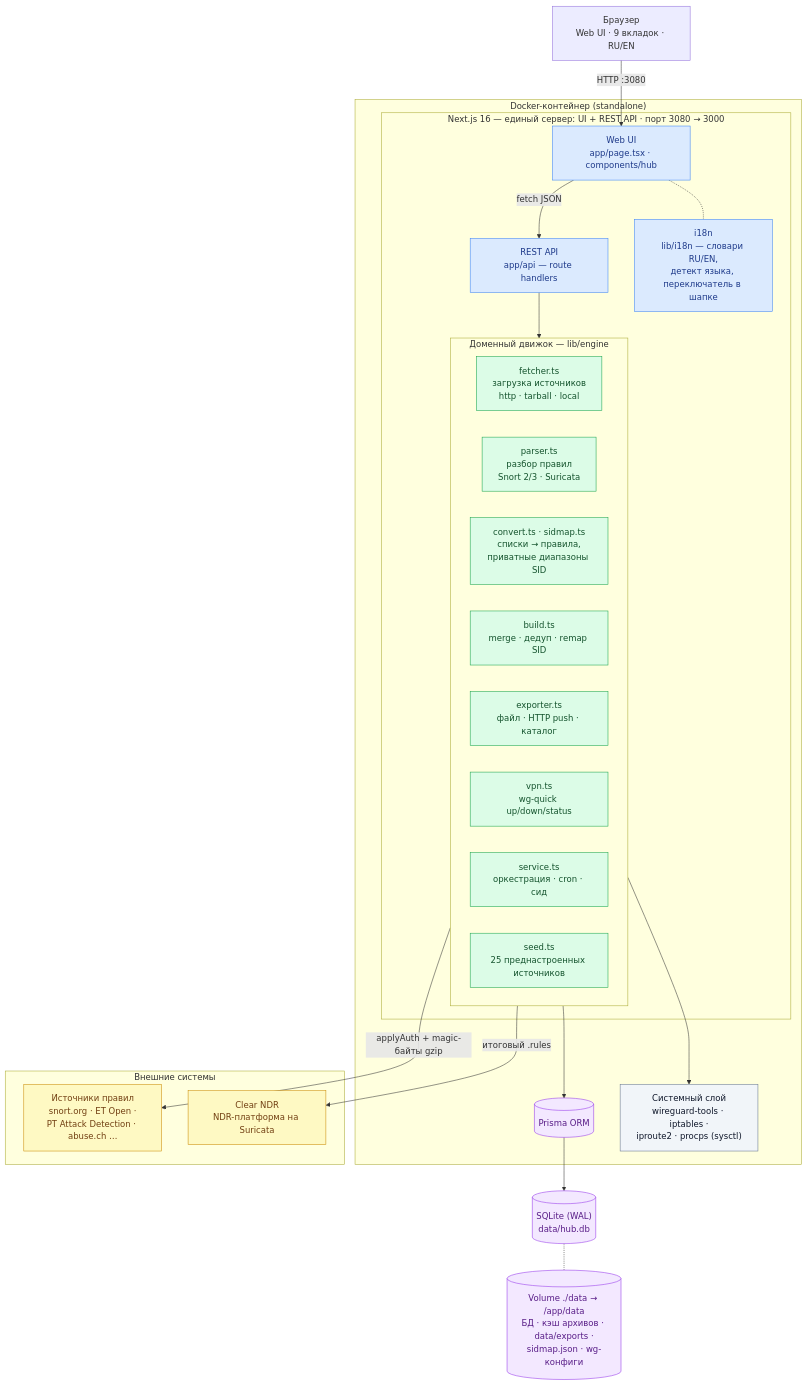
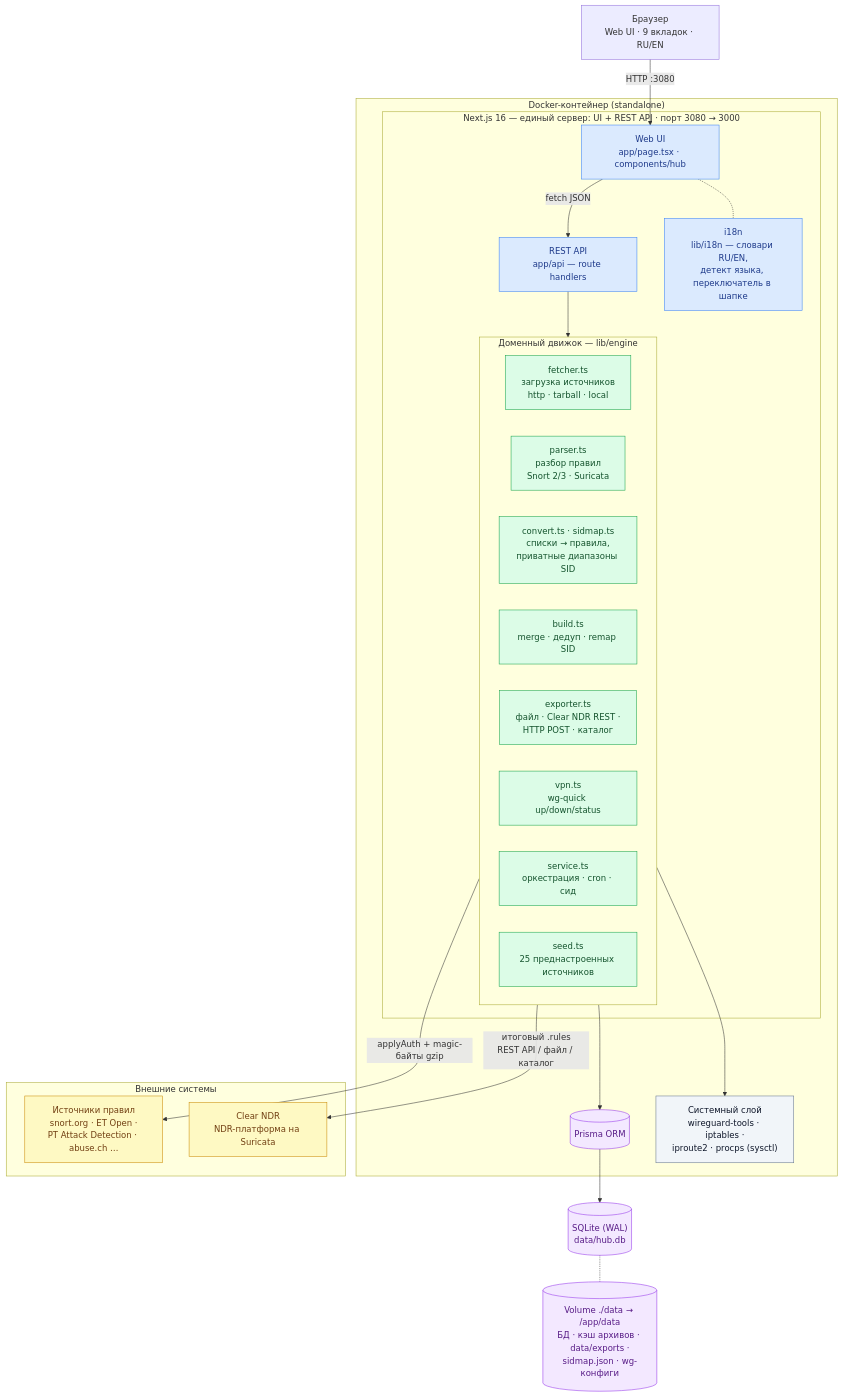
The first of 9 diagrams in architecture.md (NoIDXMV6/ndr-rules-hub), drawn with Mermaid before and after one commit. The commit also changed other lines of this file and 5 other files, not shown here.

````diff
--- a/architecture.md
+++ b/architecture.md
@@ -37,55 +43,55 @@
 ```mermaid
 flowchart TB
     Browser["Браузер<br/>Web UI · 9 вкладок · RU/EN"]
 
     subgraph DOCKER["Docker-контейнер (standalone)"]
         subgraph NEXTJS["Next.js 16 — единый сервер: UI + REST API · порт 3080 → 3000"]
             UI["Web UI<br/>app/page.tsx · components/hub"]
             API["REST API<br/>app/api — route handlers"]
             I18N["i18n<br/>lib/i18n — словари RU/EN,<br/>детект языка, переключатель в шапке"]
             subgraph ENGINE["Доменный движок — lib/engine"]
                 direction LR
                 FETCHER["fetcher.ts<br/>загрузка источников<br/>http · tarball · local"]
                 PARSER["parser.ts<br/>разбор правил<br/>Snort 2/3 · Suricata"]
                 CONVERT["convert.ts · sidmap.ts<br/>списки → правила,<br/>приватные диапазоны SID"]
                 BUILDER["build.ts<br/>merge · дедуп · remap SID"]
-                EXPORTER["exporter.ts<br/>файл · HTTP push · каталог"]
+                EXPORTER["exporter.ts<br/>файл · Clear NDR REST ·<br/>HTTP POST · каталог"]
                 VPN["vpn.ts<br/>wg-quick up/down/status"]
                 SERVICE["service.ts<br/>оркестрация · cron · сид"]
                 SEED["seed.ts<br/>25 преднастроенных источников"]
             end
         end
         PRISMA[("Prisma ORM")]
         SYSLAYER["Системный слой<br/>wireguard-tools · iptables ·<br/>iproute2 · procps (sysctl)"]
     end
 
     subgraph EXT["Внешние системы"]
         SOURCES["Источники правил<br/>snort.org · ET Open ·<br/>PT Attack Detection · abuse.ch …"]
         CLEARNDR["Clear NDR<br/>NDR-платформа на Suricata"]
     end
 
     DB[("SQLite (WAL)<br/>data/hub.db")]
     VOLUME[("Volume ./data → /app/data<br/>БД · кэш архивов · data/exports ·<br/>sidmap.json · wg-конфиги")]
 
     Browser -- "HTTP :3080" --> UI
     UI -- "fetch JSON" --> API
     UI -.- I18N
     API --> SERVICE
     FETCHER -- "applyAuth + magic-байты gzip" --> SOURCES
-    EXPORTER -- "итоговый .rules" --> CLEARNDR
+    EXPORTER -- "итоговый .rules<br/>REST API / файл / каталог" --> CLEARNDR
     VPN --> SYSLAYER
     SERVICE --> PRISMA
     PRISMA --> DB
     DB -.- VOLUME
 
     classDef ui fill:#dbeafe,stroke:#3b82f6,color:#1e3a8a
     classDef engine fill:#dcfce7,stroke:#16a34a,color:#14532d
     classDef ext fill:#fef9c3,stroke:#ca8a04,color:#713f12
     classDef store fill:#f3e8ff,stroke:#9333ea,color:#581c87
     classDef sys fill:#f1f5f9,stroke:#64748b,color:#0f172a
     class UI,API,I18N ui
     class FETCHER,PARSER,CONVERT,BUILDER,EXPORTER,VPN,SERVICE,SEED engine
     class SOURCES,CLEARNDR ext
     class DB,VOLUME,PRISMA store
     class SYSLAYER sys
 ```
````
